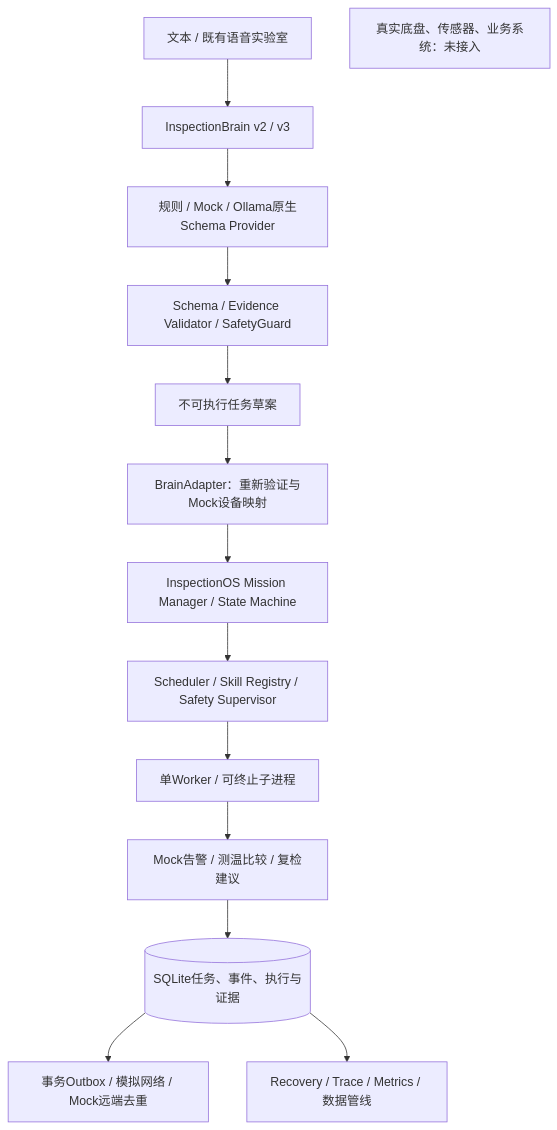
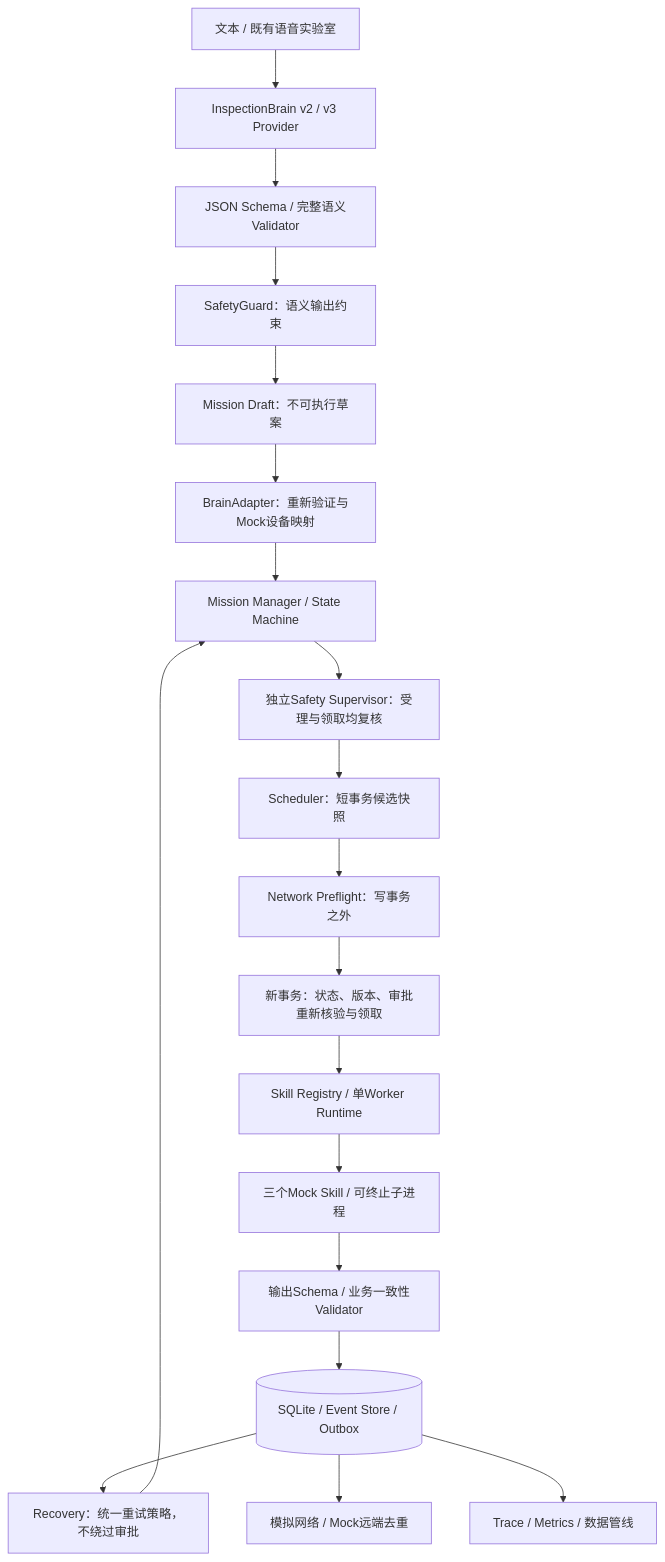
One commit to YueChenLi-lab/power-inspection-robot changed the first of 3 diagrams in README.md. Above: the diagram before and after it, drawn with Mermaid. The commit also changed other lines of this file and 65 other files, not shown here.

````diff
--- a/README.md
+++ b/README.md
@@ -60,16 +60,21 @@
 ```mermaid
 flowchart TD
-    T[文本 / 既有语音实验室] --> B[InspectionBrain v2 / v3]
-    B --> P[规则 / Mock / Ollama原生Schema Provider]
-    P --> V[Schema / Evidence Validator / SafetyGuard]
-    V --> D[不可执行任务草案]
+    T[文本 / 既有语音实验室] --> B[InspectionBrain v2 / v3 Provider]
+    B --> V[JSON Schema / 完整语义Validator]
+    V --> G[SafetyGuard：语义输出约束]
+    G --> D[Mission Draft：不可执行草案]
     D --> A[BrainAdapter：重新验证与Mock设备映射]
-    A --> M[InspectionOS Mission Manager / State Machine]
-    M --> S[Scheduler / Skill Registry / Safety Supervisor]
-    S --> W[单Worker / 可终止子进程]
-    W --> K[Mock告警 / 测温比较 / 复检建议]
-    K --> DB[(SQLite任务、事件、执行与证据)]
-    DB --> O[事务Outbox / 模拟网络 / Mock远端去重]
-    DB --> R[Recovery / Trace / Metrics / 数据管线]
-    HW[真实底盘、传感器、业务系统：未接入]
+    A --> M[Mission Manager / State Machine]
+    M --> SAFE[独立Safety Supervisor：受理与领取均复核]
+    SAFE --> S[Scheduler：短事务候选快照]
+    S --> N[Network Preflight：写事务之外]
+    N --> C[新事务：状态、版本、审批重新核验与领取]
+    C --> REG[Skill Registry / 单Worker Runtime]
+    REG --> K[三个Mock Skill / 可终止子进程]
+    K --> OVAL[输出Schema / 业务一致性Validator]
+    OVAL --> DB[(SQLite / Event Store / Outbox)]
+    DB --> REC[Recovery：统一重试策略，不绕过审批]
+    REC --> M
+    DB --> SYNC[模拟网络 / Mock远端去重]
+    DB --> OBS[Trace / Metrics / 数据管线]
 ```
````
